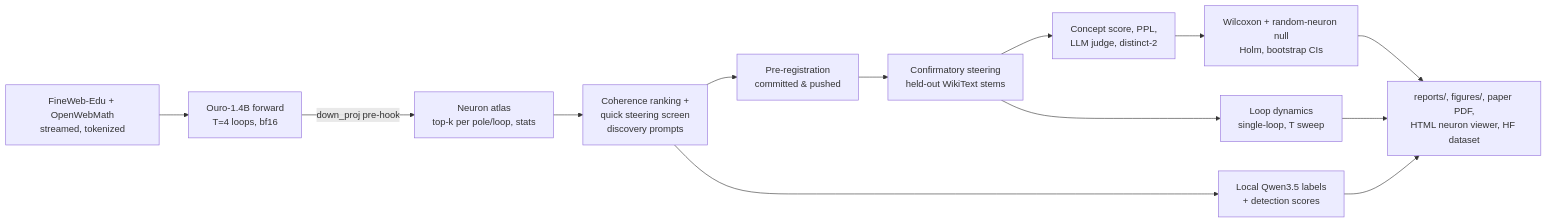
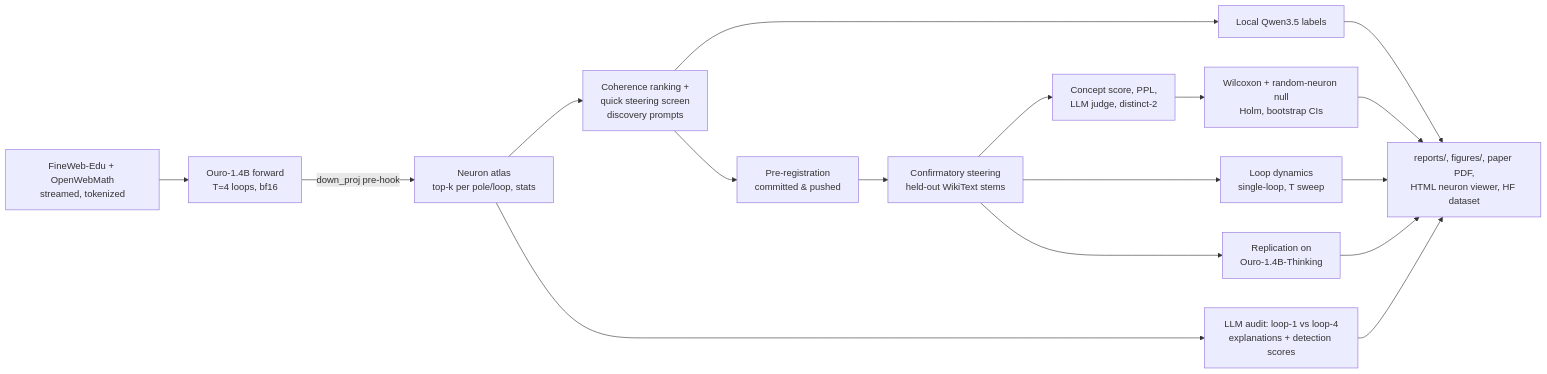
One commit to BurnyCoder/looped-transformers-llms-neuron-mechanistic-interpretability changed the first of 2 diagrams in README.md. Above: the diagram before and after it, drawn with Mermaid. The commit also changed other lines of this file and 7 other files, not shown here.

````diff
--- a/README.md
+++ b/README.md
@@ -132,15 +132,19 @@
 ```mermaid
 flowchart LR
   A[FineWeb-Edu + OpenWebMath<br/>streamed, tokenized] --> B[Ouro-1.4B forward<br/>T=4 loops, bf16]
   B -->|down_proj pre-hook| C[Neuron atlas<br/>top-k per pole/loop, stats]
   C --> D[Coherence ranking +<br/>quick steering screen<br/>discovery prompts]
-  D --> E[Local Qwen3.5 labels<br/>+ detection scores]
+  D --> E[Local Qwen3.5 labels]
+  C --> L[LLM audit: loop-1 vs loop-4<br/>explanations + detection scores]
   D --> F[Pre-registration<br/>committed & pushed]
   F --> G[Confirmatory steering<br/>held-out WikiText stems]
   G --> H[Concept score, PPL,<br/>LLM judge, distinct-2]
   H --> I[Wilcoxon + random-neuron null<br/>Holm, bootstrap CIs]
   G --> J[Loop dynamics<br/>single-loop, T sweep]
+  G --> R[Replication on<br/>Ouro-1.4B-Thinking]
   I --> K[reports/, figures/, paper PDF,<br/>HTML neuron viewer, HF dataset]
   J --> K
   E --> K
+  L --> K
+  R --> K
 ```
````
